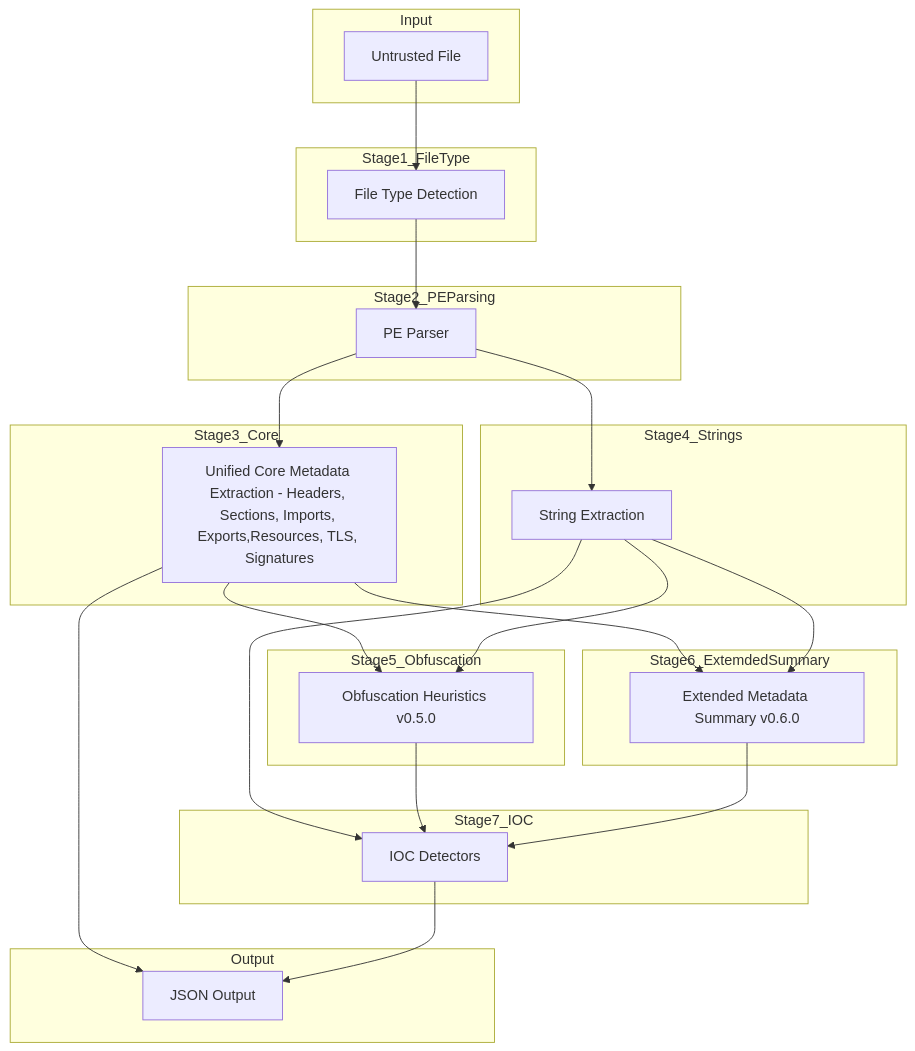
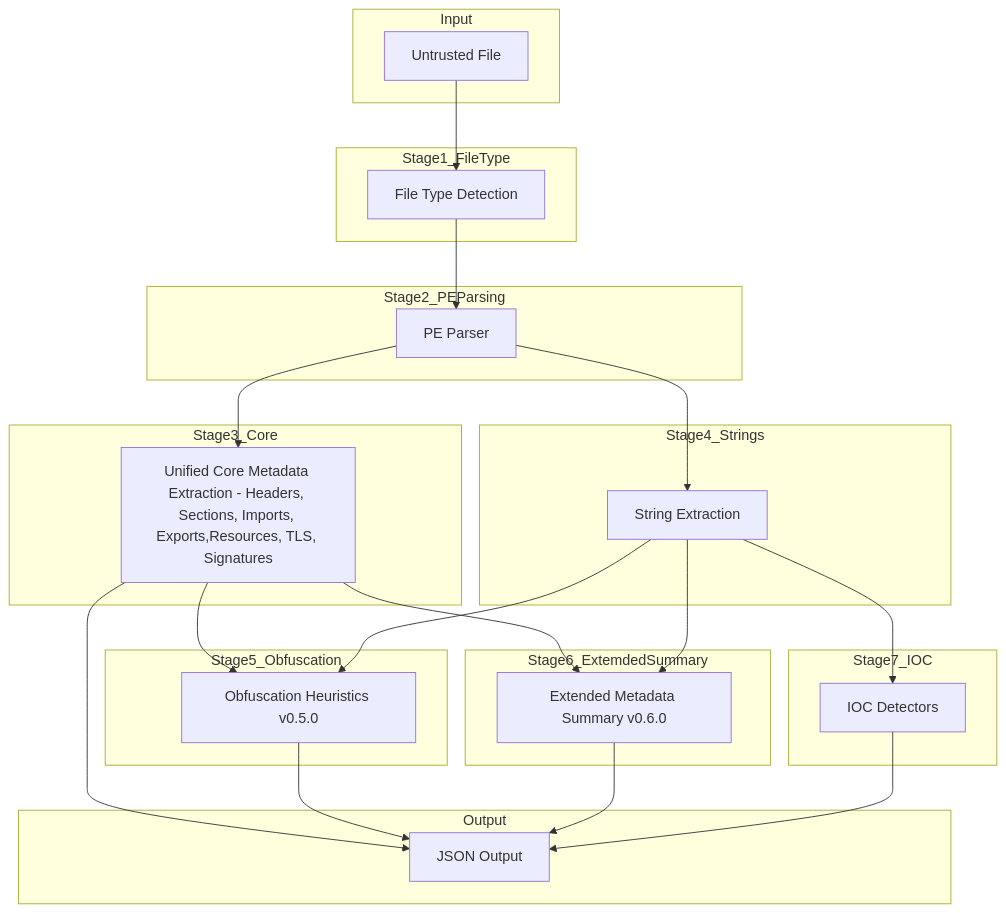
Before and after one commit to iocx-dev/iocx: the diagram in docs/pe-pipeline.md, drawn with Mermaid.

````diff
--- a/docs/pe-pipeline.md
+++ b/docs/pe-pipeline.md
@@ -33,58 +33,58 @@
 ```mermaid
 flowchart TD
 
     subgraph Input
         F[Untrusted File]
     end
 
     subgraph Stage1_FileType
         MAGIC[File Type Detection]
     end
 
     subgraph Stage2_PEParsing
         PE[PE Parser]
     end
 
     subgraph Stage3_Core
         CORE[Unified Core Metadata Extraction - Headers, Sections, Imports, Exports,Resources, TLS, Signatures]
     end
 
     subgraph Stage4_Strings
         STR[String Extraction]
     end
 
     subgraph Stage5_Obfuscation
         OBF[Obfuscation Heuristics v0.5.0]
     end
 
     subgraph Stage6_ExtemdedSummary
         META6[Extended Metadata Summary v0.6.0]
     end
 
     subgraph Stage7_IOC
         DET[IOC Detectors]
     end
 
     subgraph Output
         OUT[JSON Output]
     end
 
     F --> MAGIC
     MAGIC --> PE
 
     PE --> CORE
     PE --> STR
 
     CORE --> OBF
     STR --> OBF
 
     CORE --> OUT
     STR --> DET
-    OBF --> DET
+    OBF --> OUT
 
     CORE--> META6
     STR --> META6
-    META6 --> DET
+    META6 --> OUT
 
     DET --> OUT
 ```
````
